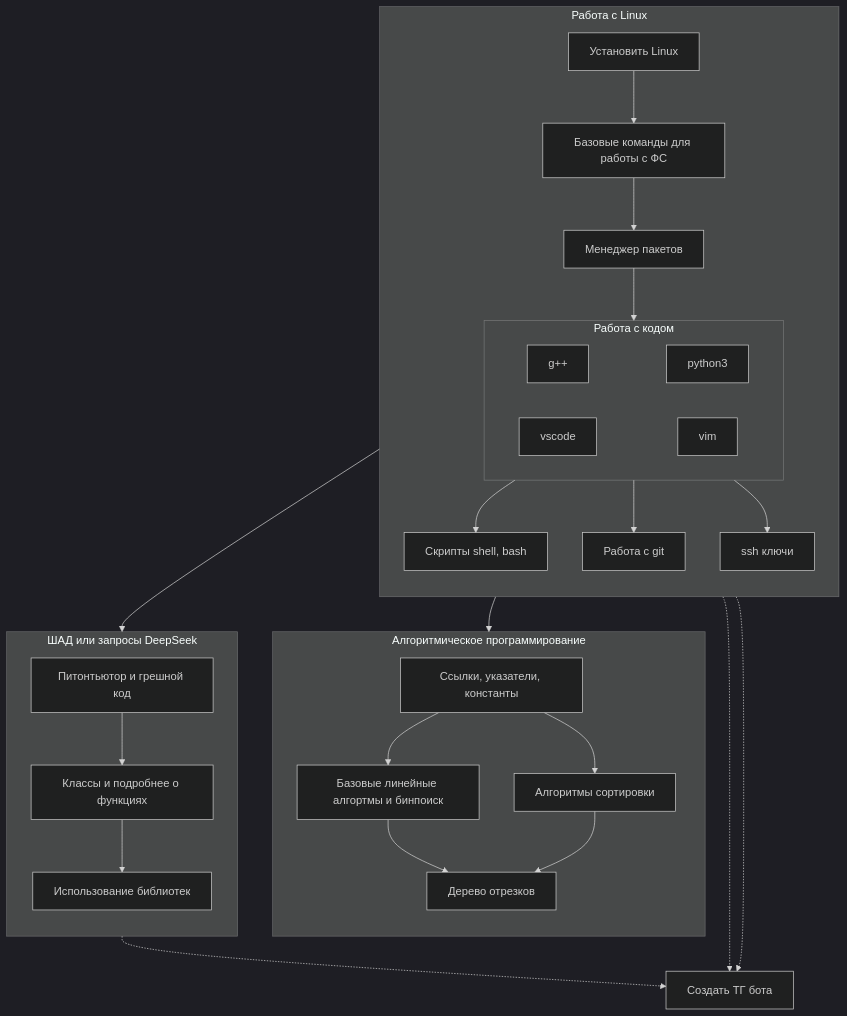
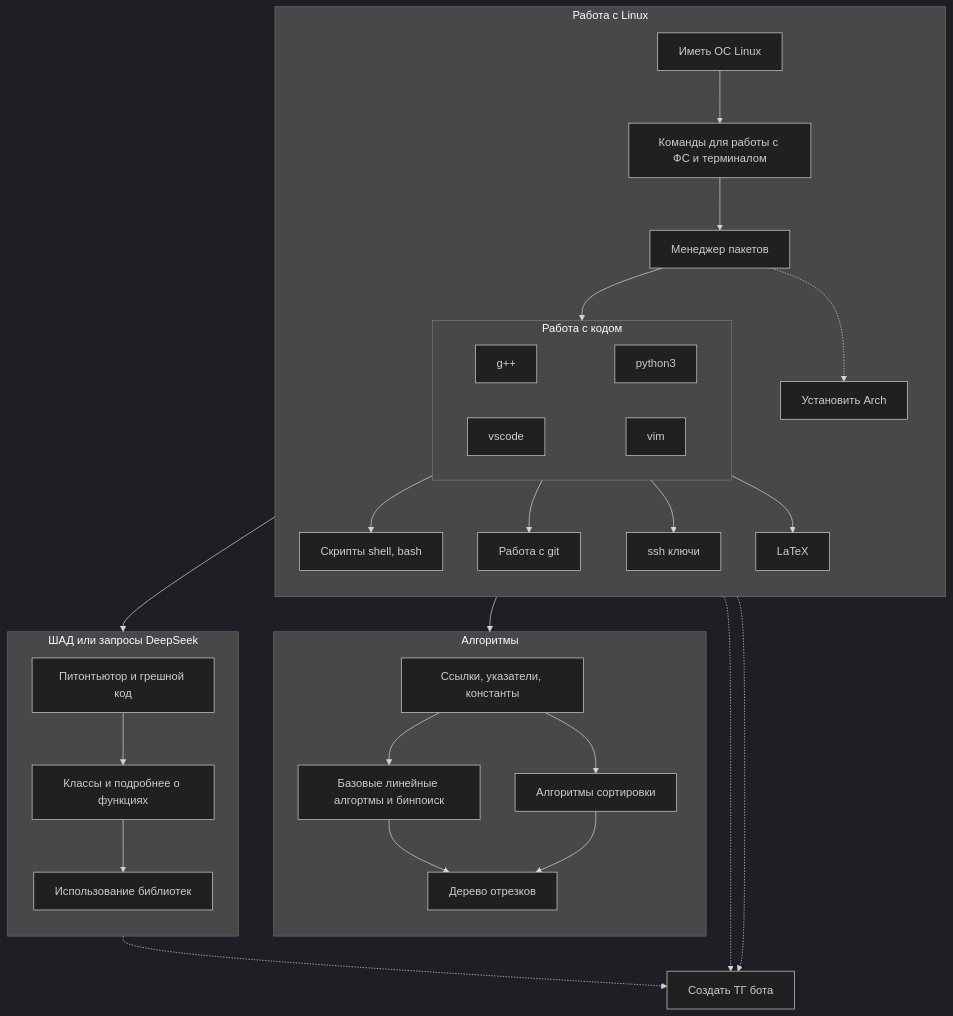
Before and after one commit to HimerZERO/Teach: the second of 2 diagrams in README.md, drawn with Mermaid (dark theme). The commit also changed other lines of this file, not shown here.

````diff
--- a/README.md
+++ b/README.md
@@ -22,36 +32,40 @@
 ```mermaid
 graph TB;
   subgraph tree1[Работа с Linux]
     direction TB
-    A1[Установить Linux] --> A2[Базовые команды для работы с ФС] --> A3[Менеджер пакетов] --> A4
+    A1[Иметь ОС Linux] --> A2[Команды для работы с ФС и терминалом] --> A3[Менеджер пакетов] --> A4
+
+    A3 -.-> A1.1[Установить Arch]
+
 
     subgraph A4[Работа с кодом]
       g++ ~~~ python3
       vscode ~~~ vim
     end
 
     A4 --> A5[Скрипты shell, bash]
     A4 --> A6[Работа с git]
     A4 --> A7[ssh ключи]
+    A4 --> A8[LaTeX]
   end
 
-  subgraph tree2[Алгоритмическое программирование]
+  subgraph tree2[Алгоритмы]
     direction TB
     B0[Ссылки, указатели, константы]
     B1[Базовые линейные алгортмы и бинпоиск]
     B2[Алгоритмы сортировки]
     B3[Дерево отрезков]
     B0 --> B1 & B2 --> B3
 
   end
 
   subgraph tree3[ШАД или запросы DeepSeek]
     direction TB
     C1[Питонтьютор и грешной код] --> C2[Классы и подробнее о функциях] --> C3[Использование библиотек]
   end
 
   A4 --> tree2 & tree3
 
   D[Создать ТГ бота]
   C3 & A7 & A6 -.-> D
 ```
````
